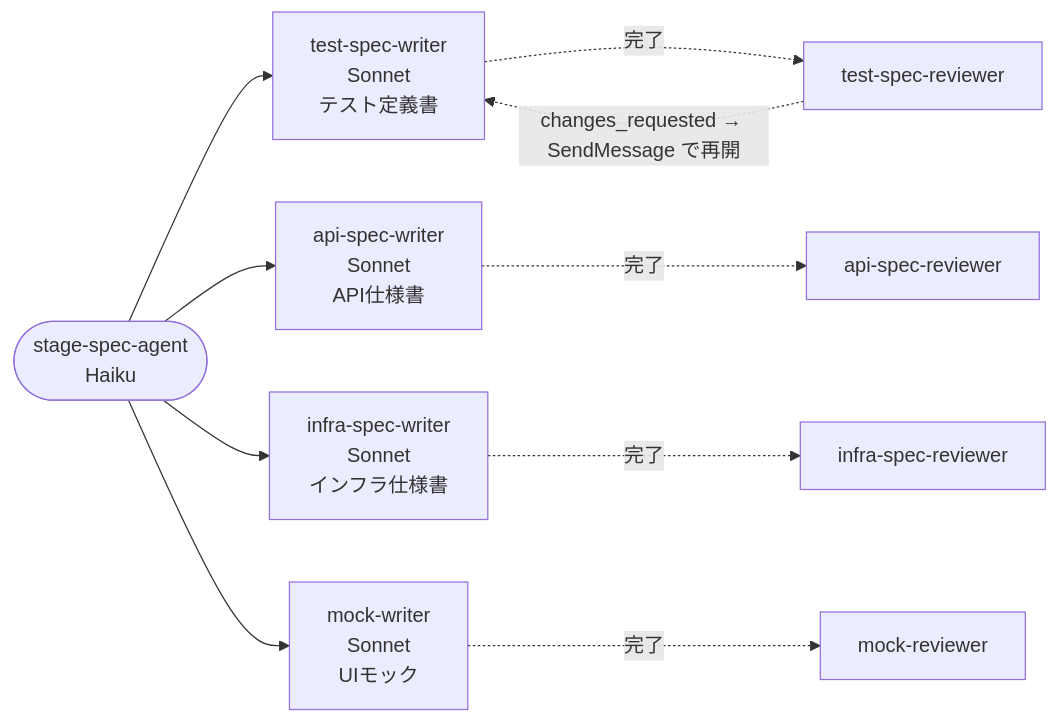
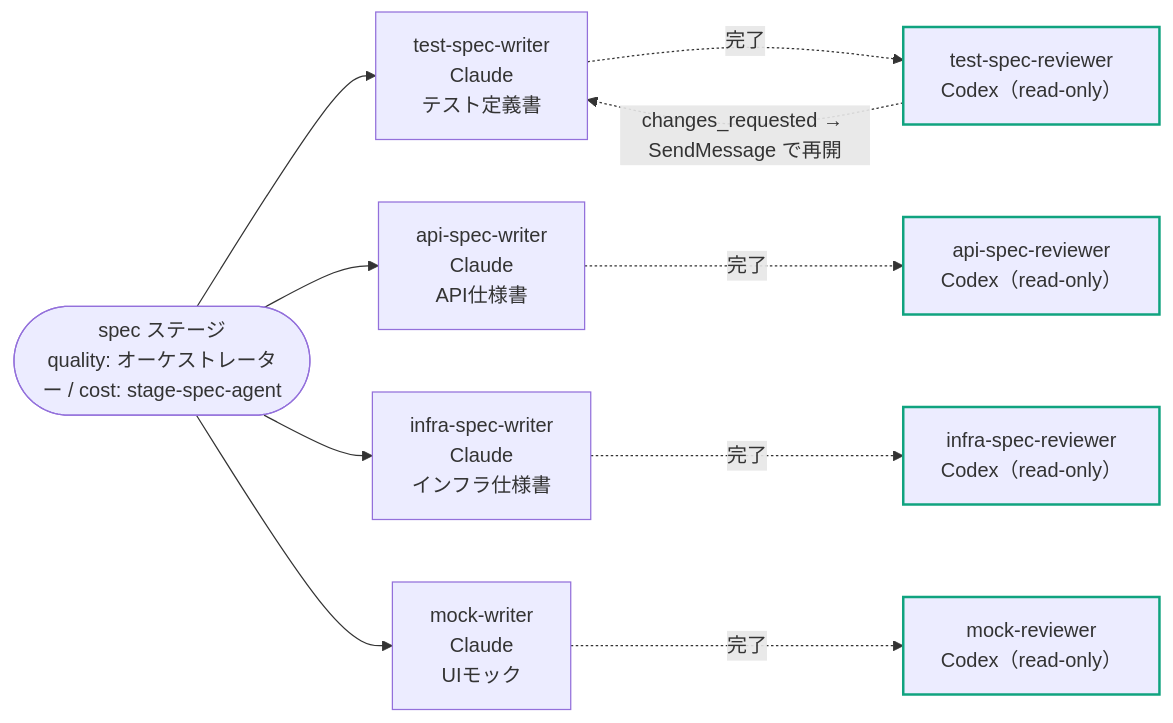
One commit to youmjww-org/dev-flow-skills changed the second of 5 diagrams in README.md. Above: the diagram before and after it, drawn with Mermaid. The commit also changed other lines of this file, not shown here.

First line of the commit message:
README に Codex 併用を書き、図を今のモデル構成に合わせる

````diff
--- a/README.md
+++ b/README.md
@@ -182,13 +194,18 @@
 ```mermaid
 flowchart LR
-    PSA([stage-spec-agent<br/>Haiku])
-    PSA --> TSW["test-spec-writer<br/>Sonnet<br/>テスト定義書"]
-    PSA --> ASW["api-spec-writer<br/>Sonnet<br/>API仕様書"]
-    PSA --> ISW["infra-spec-writer<br/>Sonnet<br/>インフラ仕様書"]
-    PSA --> MW["mock-writer<br/>Sonnet<br/>UIモック"]
-    TSW -. 完了 .-> TSR["test-spec-reviewer"]
-    ASW -. 完了 .-> ASR["api-spec-reviewer"]
-    ISW -. 完了 .-> ISR["infra-spec-reviewer"]
-    MW -. 完了 .-> MR["mock-reviewer"]
+    PSA(["spec ステージ<br/>quality: オーケストレーター / cost: stage-spec-agent"])
+    PSA --> TSW["test-spec-writer<br/>Claude<br/>テスト定義書"]
+    PSA --> ASW["api-spec-writer<br/>Claude<br/>API仕様書"]
+    PSA --> ISW["infra-spec-writer<br/>Claude<br/>インフラ仕様書"]
+    PSA --> MW["mock-writer<br/>Claude<br/>UIモック"]
+    TSW -. 完了 .-> TSR["test-spec-reviewer<br/>Codex（read-only）"]
+    ASW -. 完了 .-> ASR["api-spec-reviewer<br/>Codex（read-only）"]
+    ISW -. 完了 .-> ISR["infra-spec-reviewer<br/>Codex（read-only）"]
+    MW -. 完了 .-> MR["mock-reviewer<br/>Codex（read-only）"]
     TSR -. changes_requested → SendMessage で再開 .-> TSW
+    TSR:::codex
+    ASR:::codex
+    ISR:::codex
+    MR:::codex
+    classDef codex stroke:#10a37f,stroke-width:2px
 ```
````
